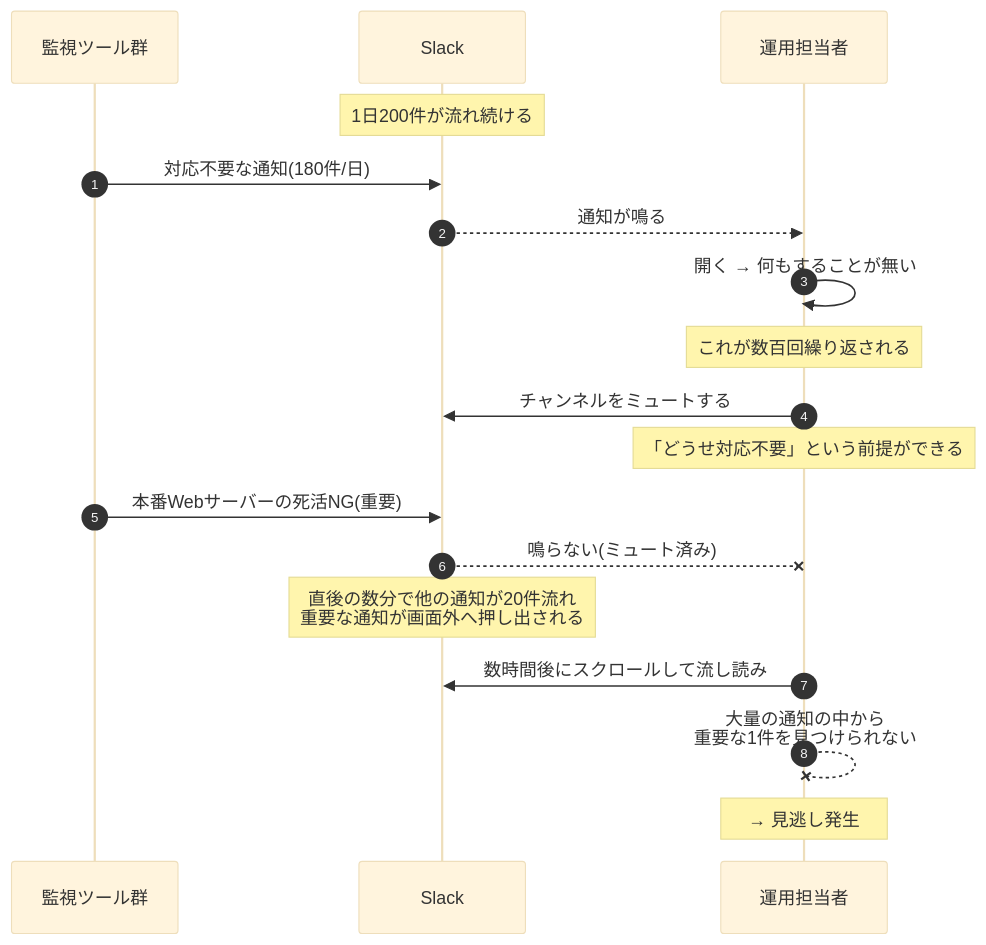
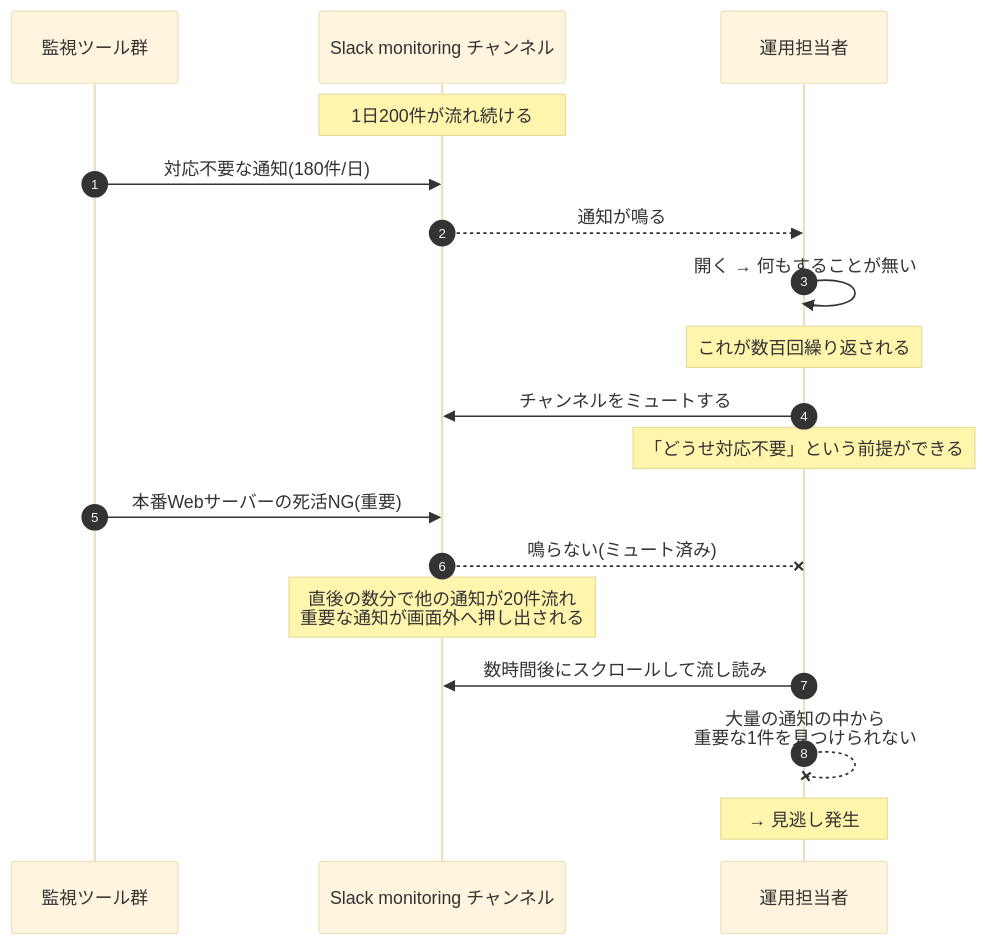
The fifth of 5 diagrams in improvements/03-alert-noise-reduction/01-current-analysis.md (ns7jp/automation), drawn with Mermaid (base theme) before and after one commit. The commit also changed 6 other files, not shown here.

````diff
--- a/improvements/03-alert-noise-reduction/01-current-analysis.md
+++ b/improvements/03-alert-noise-reduction/01-current-analysis.md
@@ -318,24 +318,24 @@
 ```mermaid
 sequenceDiagram
     autonumber
     participant Tool as 監視ツール群
-    participant Slack as Slack #monitoring
+    participant Slack as Slack monitoring チャンネル
     participant Ops as 運用担当者
 
     Note over Slack: 1日200件が流れ続ける
     Tool->>Slack: 対応不要な通知(180件/日)
     Slack-->>Ops: 通知が鳴る
     Ops->>Ops: 開く → 何もすることが無い
     Note over Ops: これが数百回繰り返される
 
     Ops->>Slack: チャンネルをミュートする
     Note over Ops: 「どうせ対応不要」という前提ができる
 
     Tool->>Slack: 本番Webサーバーの死活NG(重要)
     Slack--xOps: 鳴らない(ミュート済み)
     Note over Slack: 直後の数分で他の通知が20件流れ<br/>重要な通知が画面外へ押し出される
 
     Ops->>Slack: 数時間後にスクロールして流し読み
     Ops--xOps: 大量の通知の中から<br/>重要な1件を見つけられない
     Note over Ops: → 見逃し発生
 ```
````
